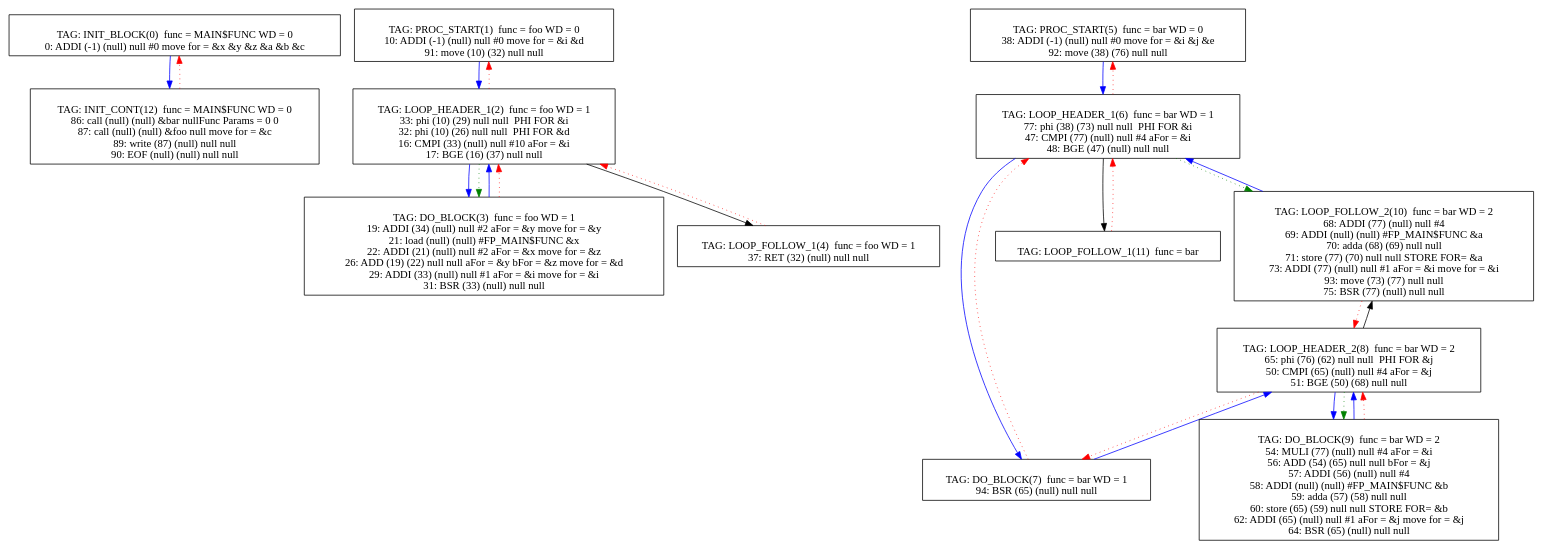
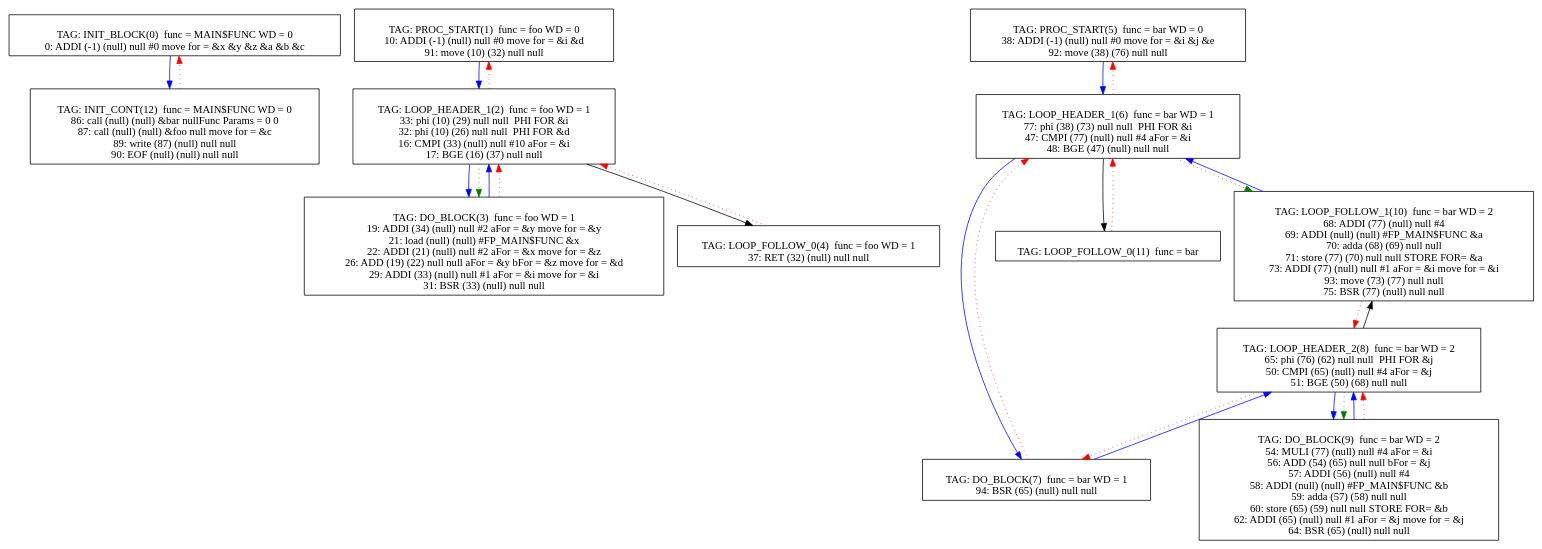
Before and after one commit to mbajaj92/Project-Astoria: the diagram in Compiler/2graph.dot, drawn with Graphviz. The commit also changed 85 other files, not shown here.

```diff
--- a/Compiler/2graph.dot
+++ b/Compiler/2graph.dot
@@ -1,122 +1,122 @@
 digraph {
 0[label="
 TAG: INIT_BLOCK(0)  func = MAIN$FUNC WD = 0
 0: ADDI (-1) (null) null #0 move for = &x &y &z &a &b &c
 "];
 0[shape=box];
 0 -> 12[color=blue]
 1[label="
 TAG: PROC_START(1)  func = foo WD = 0
 10: ADDI (-1) (null) null #0 move for = &i &d
 91: move (10) (32) null null
 "];
 1[shape=box];
 1 -> 2[color=blue]
 2[label="
 TAG: LOOP_HEADER_1(2)  func = foo WD = 1
 33: phi (10) (29) null null  PHI FOR &i
 32: phi (10) (26) null null  PHI FOR &d
 16: CMPI (33) (null) null #10 aFor = &i
 17: BGE (16) (37) null null
 "];
 2[shape=box];
 2 -> 3[color=blue]
 2 -> 4[color=black]
 2 -> 1[color=red][style=dotted]
 2 -> 3[color=green][style=dotted]
 3[label="
 TAG: DO_BLOCK(3)  func = foo WD = 1
 19: ADDI (34) (null) null #2 aFor = &y move for = &y
 21: load (null) (null) #FP_MAIN$FUNC &x
 22: ADDI (21) (null) null #2 aFor = &x move for = &z
 26: ADD (19) (22) null null aFor = &y bFor = &z move for = &d
 29: ADDI (33) (null) null #1 aFor = &i move for = &i
 31: BSR (33) (null) null null
 "];
 3[shape=box];
 3 -> 2[color=blue]
 3 -> 2[color=red][style=dotted]
 4[label="
-TAG: LOOP_FOLLOW_1(4)  func = foo WD = 1
+TAG: LOOP_FOLLOW_0(4)  func = foo WD = 1
 37: RET (32) (null) null null
 "];
 4[shape=box];
 4 -> 2[color=red][style=dotted]
 5[label="
 TAG: PROC_START(5)  func = bar WD = 0
 38: ADDI (-1) (null) null #0 move for = &i &j &e
 92: move (38) (76) null null
 "];
 5[shape=box];
 5 -> 6[color=blue]
 6[label="
 TAG: LOOP_HEADER_1(6)  func = bar WD = 1
 77: phi (38) (73) null null  PHI FOR &i
 47: CMPI (77) (null) null #4 aFor = &i
 48: BGE (47) (null) null null
 "];
 6[shape=box];
 6 -> 7[color=blue]
 6 -> 11[color=black]
 6 -> 5[color=red][style=dotted]
 6 -> 10[color=green][style=dotted]
 7[label="
 TAG: DO_BLOCK(7)  func = bar WD = 1
 94: BSR (65) (null) null null
 "];
 7[shape=box];
 7 -> 8[color=blue]
 7 -> 6[color=red][style=dotted]
 8[label="
 TAG: LOOP_HEADER_2(8)  func = bar WD = 2
 65: phi (76) (62) null null  PHI FOR &j
 50: CMPI (65) (null) null #4 aFor = &j
 51: BGE (50) (68) null null
 "];
 8[shape=box];
 8 -> 9[color=blue]
 8 -> 10[color=black]
 8 -> 7[color=red][style=dotted]
 8 -> 9[color=green][style=dotted]
 9[label="
 TAG: DO_BLOCK(9)  func = bar WD = 2
 54: MULI (77) (null) null #4 aFor = &i
 56: ADD (54) (65) null null bFor = &j
 57: ADDI (56) (null) null #4
 58: ADDI (null) (null) #FP_MAIN$FUNC &b
 59: adda (57) (58) null null
 60: store (65) (59) null null STORE FOR= &b
 62: ADDI (65) (null) null #1 aFor = &j move for = &j
 64: BSR (65) (null) null null
 "];
 9[shape=box];
 9 -> 8[color=blue]
 9 -> 8[color=red][style=dotted]
 10[label="
-TAG: LOOP_FOLLOW_2(10)  func = bar WD = 2
+TAG: LOOP_FOLLOW_1(10)  func = bar WD = 2
 68: ADDI (77) (null) null #4
 69: ADDI (null) (null) #FP_MAIN$FUNC &a
 70: adda (68) (69) null null
 71: store (77) (70) null null STORE FOR= &a
 73: ADDI (77) (null) null #1 aFor = &i move for = &i
 93: move (73) (77) null null
 75: BSR (77) (null) null null
 "];
 10[shape=box];
 10 -> 6[color=blue]
 10 -> 8[color=red][style=dotted]
 11[label="
-TAG: LOOP_FOLLOW_1(11)  func = bar
+TAG: LOOP_FOLLOW_0(11)  func = bar
 "];
 11[shape=box];
 11 -> 6[color=red][style=dotted]
 12[label="
 TAG: INIT_CONT(12)  func = MAIN$FUNC WD = 0
 86: call (null) (null) &bar nullFunc Params = 0 0
 87: call (null) (null) &foo null move for = &c
 89: write (87) (null) null null
 90: EOF (null) (null) null null
 "];
 12[shape=box];
 12 -> 0[color=red][style=dotted]
 }
```
